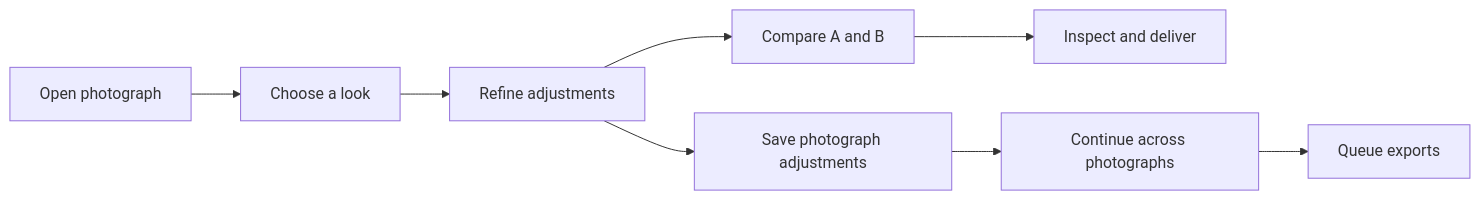
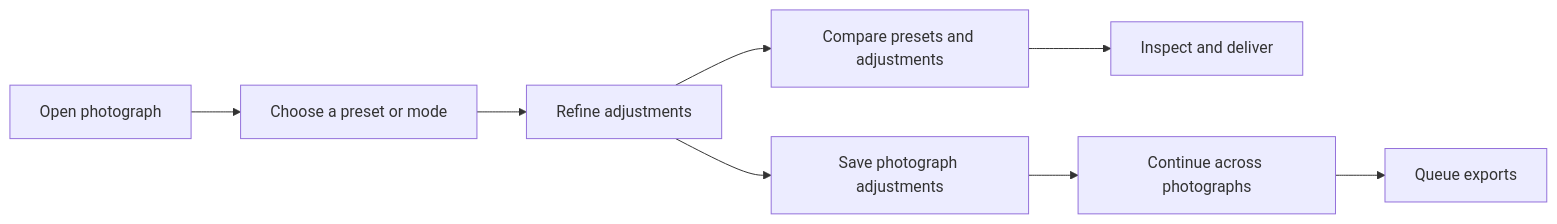
The diagram in specs/gui-product-design/spec.md (suraciii/spektrafilm-rs), drawn with Mermaid before and after one commit. The commit also changed other lines of this file and 107 other files, not shown here.

````diff
--- a/specs/gui-product-design/spec.md
+++ b/specs/gui-product-design/spec.md
@@ -17,10 +17,10 @@
 ```mermaid
 flowchart LR
-    O[Open photograph] --> L[Choose a look]
-    L --> E[Refine adjustments]
-    E --> C[Compare A and B]
+    O[Open photograph] --> S[Choose a preset or mode]
+    S --> E[Refine adjustments]
+    E --> C[Compare presets and adjustments]
     C --> D[Inspect and deliver]
     E --> R[Save photograph adjustments]
     R --> W[Continue across photographs]
     W --> Q[Queue exports]
 ```
````
